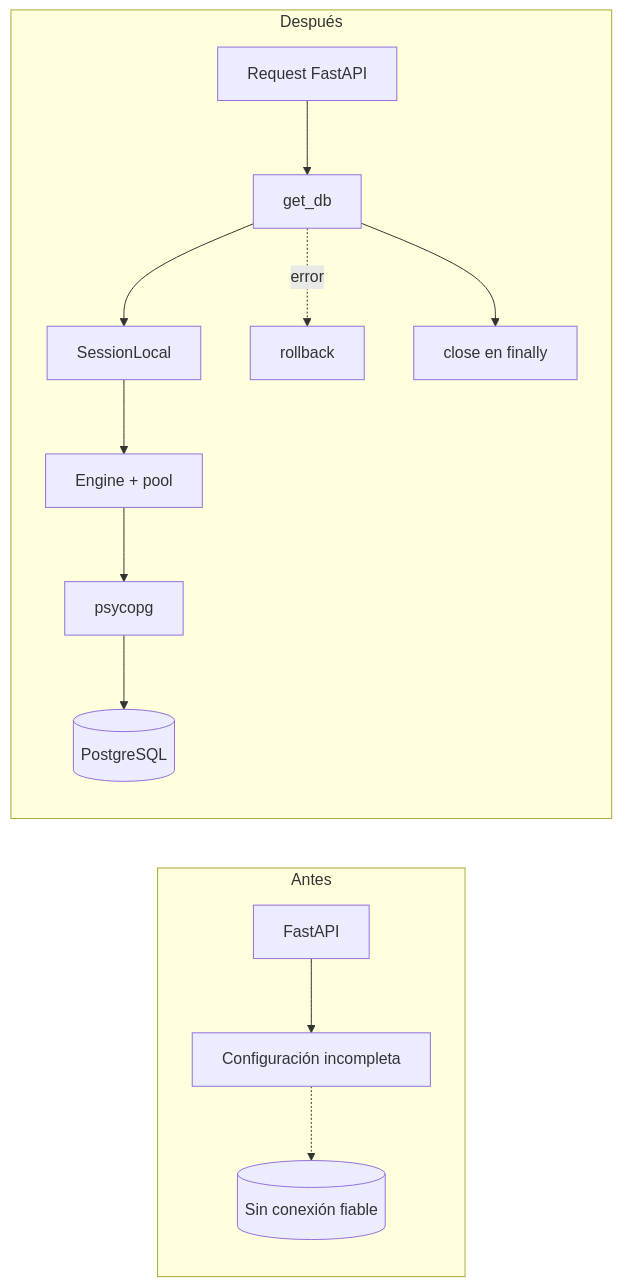
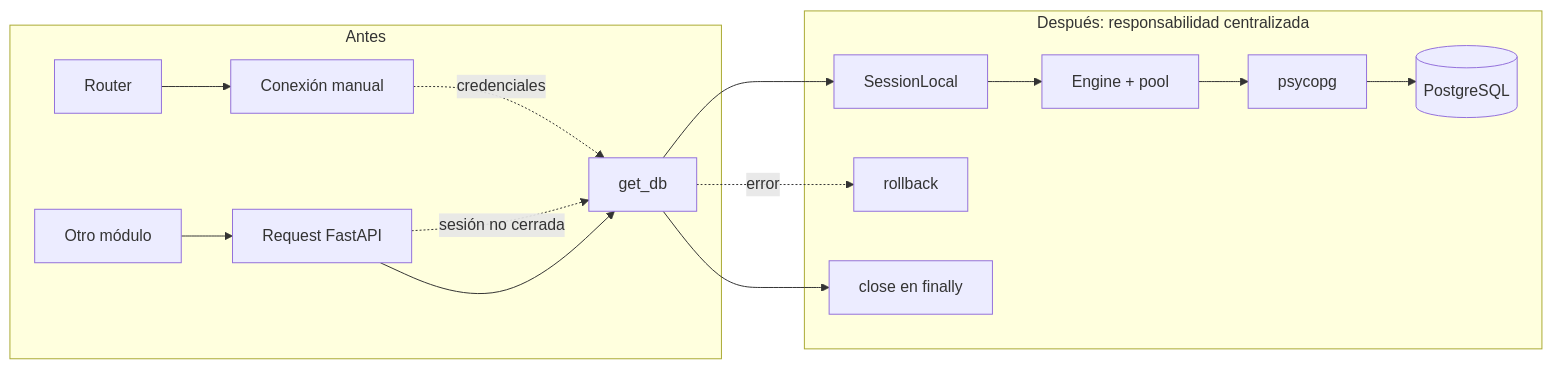
Before and after one commit to Anagamedina/ft_transcendence: the first of 2 diagrams in docs/daruny/01-postgresql-sqlalchemy/03-diagrama.md, drawn with Mermaid. The commit also changed other lines of this file and 42 other files, not shown here.

````diff
--- a/docs/daruny/01-postgresql-sqlalchemy/03-diagrama.md
+++ b/docs/daruny/01-postgresql-sqlalchemy/03-diagrama.md
@@ -5,16 +5,18 @@
 ```mermaid
 flowchart LR
  subgraph Antes[Antes]
-  A[FastAPI] --> B[Configuración incompleta]
-  B -.-> C[(Sin conexión fiable)]
+  A[Router] --> B[Conexión manual]
+  C[Otro módulo] --> D[Otra conexión]
+  B -. credenciales .-> E[(PostgreSQL)]
+  D -. sesión no cerrada .-> E
  end
- subgraph Despues[Después]
+ subgraph Despues[Después: responsabilidad centralizada]
   D[Request FastAPI] --> E[get_db]
-  E --> F[SessionLocal]
+ E --> F[SessionLocal]
   F --> G[Engine + pool]
   G --> H[psycopg]
   H --> I[(PostgreSQL)]
   E -. error .-> J[rollback]
-  E --> K[close en finally]
+ E --> K[close en finally]
  end
 ```
````
